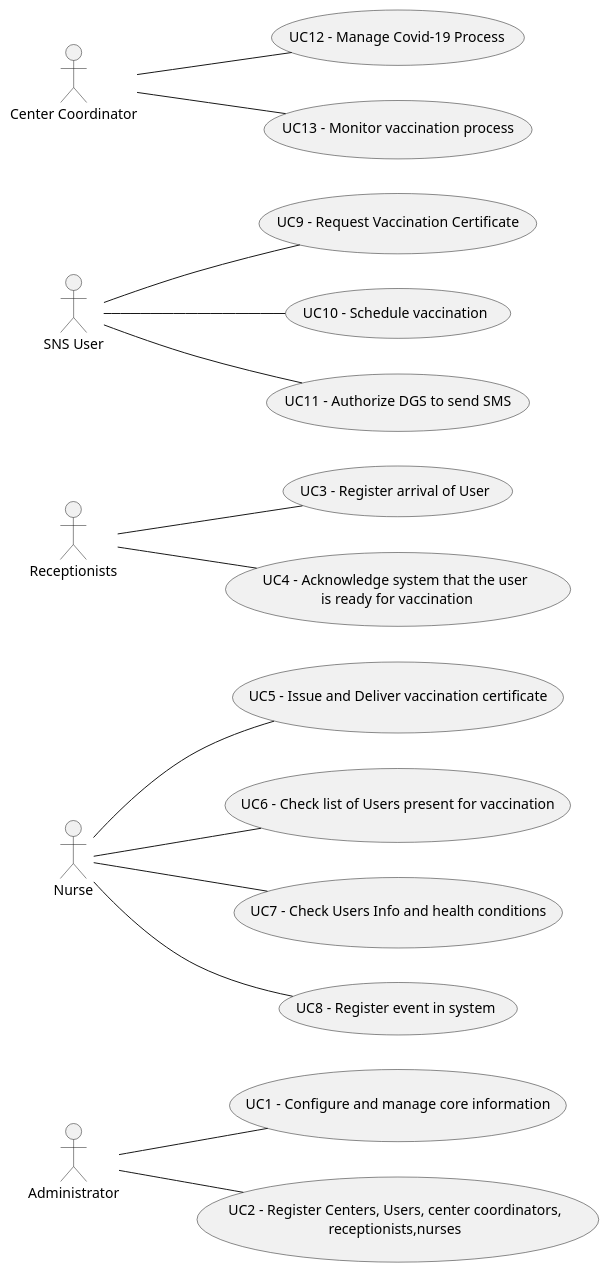
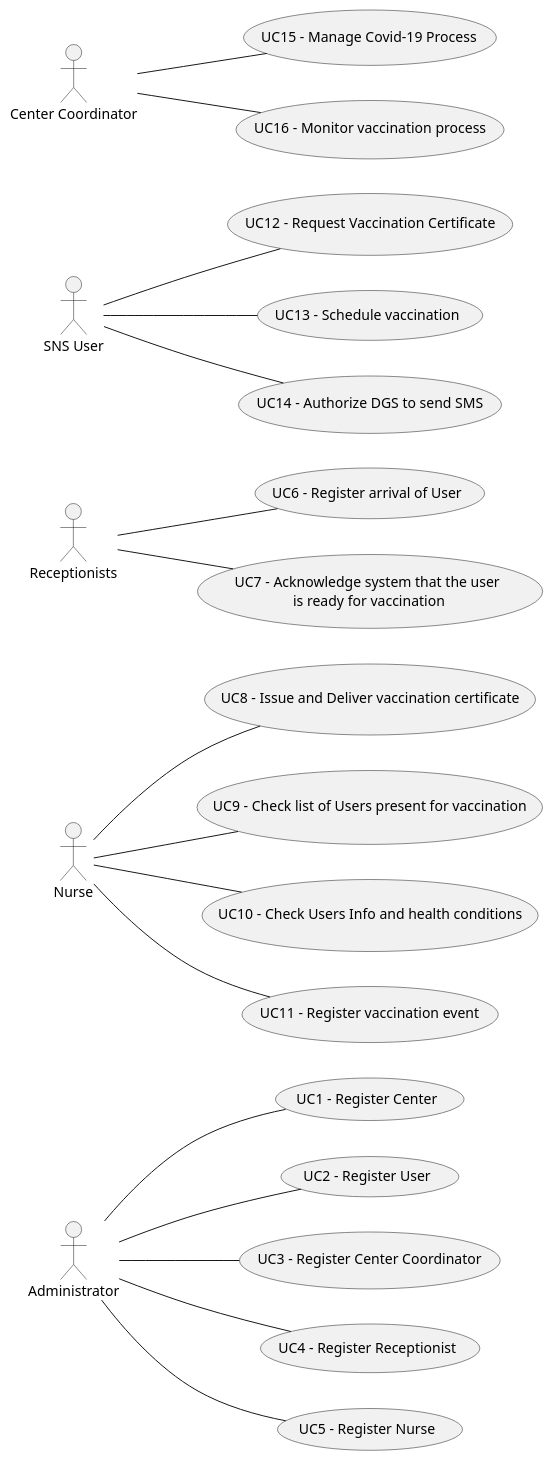
Before and after one commit to Norton1337/LAPR2_2122: the diagram in docs/SprintA/UCD.puml, drawn with PlantUML. The commit also changed 1 other file, not shown here.

```diff
--- a/docs/SprintA/UCD.puml
+++ b/docs/SprintA/UCD.puml
@@ -1,31 +1,35 @@
 @startuml
 'https://plantuml.com/use-case-diagram
 left to right direction
 :Administrator: as Admin
 :Nurse:
 :Receptionists:
 :SNS User: as User
 :Center Coordinator: as CC
 
-Admin -- (UC1 - Configure and manage core information)
-Admin -- (UC2 - Register Centers, Users, center coordinators,\nreceptionists,nurses)
 
-Receptionists -- (UC3 - Register arrival of User)
-Receptionists -- (UC4 - Acknowledge system that the user\n is ready for vaccination)
+Admin -- (UC1 - Register Center)
+Admin -- (UC2 - Register User)
+Admin -- (UC3 - Register Center Coordinator)
+Admin -- (UC4 - Register Receptionist)
+Admin -- (UC5 - Register Nurse)
 
-Nurse -- (UC5 - Issue and Deliver vaccination certificate)
-Nurse -- (UC6 - Check list of Users present for vaccination)
-Nurse -- (UC7 - Check Users Info and health conditions)
-Nurse -- (UC8 - Register event in system)
+Receptionists -- (UC6 - Register arrival of User)
+Receptionists -- (UC7 - Acknowledge system that the user\n is ready for vaccination)
+
+Nurse -- (UC8 - Issue and Deliver vaccination certificate)
+Nurse -- (UC9 - Check list of Users present for vaccination)
+Nurse -- (UC10 - Check Users Info and health conditions)
+Nurse -- (UC11 - Register vaccination event)
 
 
-User -- (UC9 - Request Vaccination Certificate)
-User -- (UC10 - Schedule vaccination)
-User -- (UC11 - Authorize DGS to send SMS)
+User -- (UC12 - Request Vaccination Certificate)
+User -- (UC13 - Schedule vaccination)
+User -- (UC14 - Authorize DGS to send SMS)
 
 
-CC -- (UC12 - Manage Covid-19 Process)
-CC -- (UC13 - Monitor vaccination process)
+CC -- (UC15 - Manage Covid-19 Process)
+CC -- (UC16 - Monitor vaccination process)
 
 
 @enduml
```
